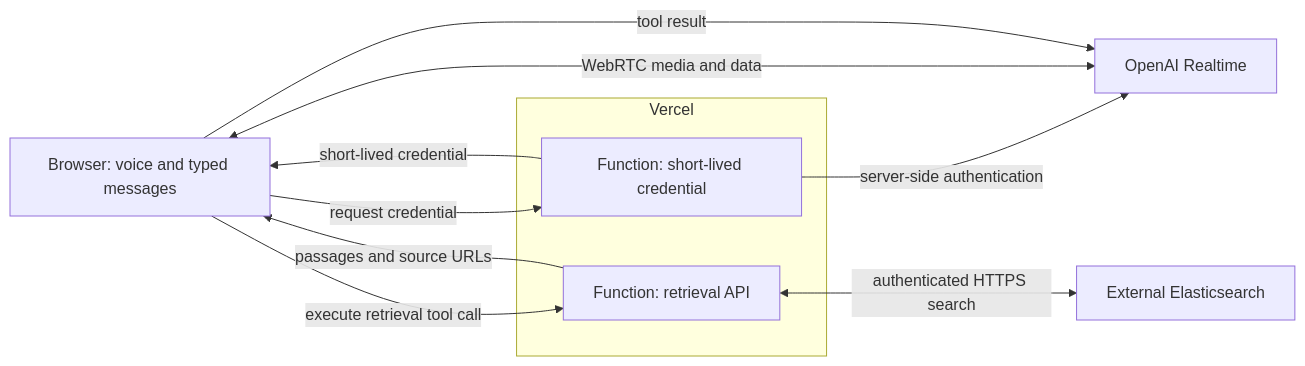
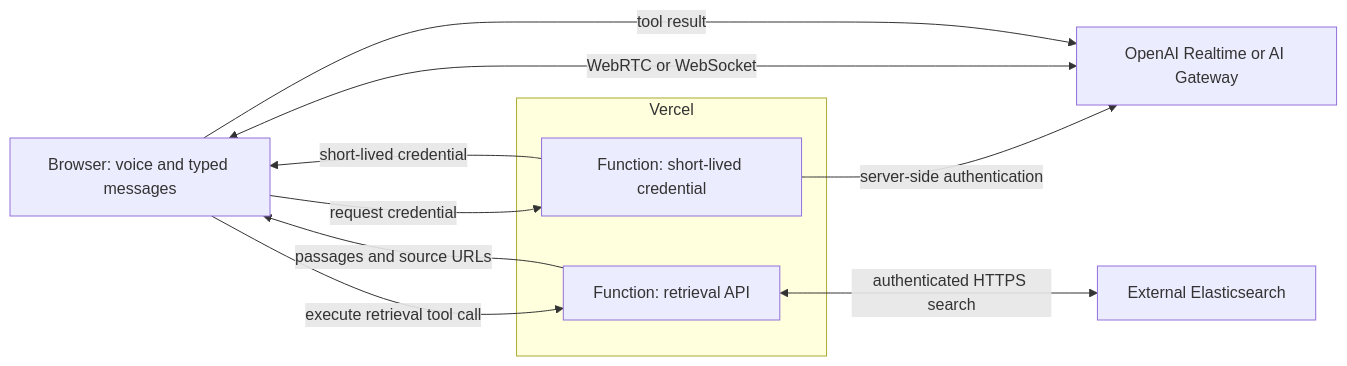
One commit to matthecarl/FedFlow changed the first of 2 diagrams in architecture.md. Above: the diagram before and after it, drawn with Mermaid. The commit also changed other lines of this file and 23 other files, not shown here.

````diff
--- a/architecture.md
+++ b/architecture.md
@@ -7,18 +7,18 @@
 ```mermaid
 flowchart LR
   Browser[Browser: voice and typed messages]
-  Realtime[OpenAI Realtime]
+  Realtime[OpenAI Realtime or AI Gateway]
   Elastic[External Elasticsearch]
   subgraph Vercel
     Session[Function: short-lived credential]
     Search[Function: retrieval API]
   end
   Browser -->|request credential| Session
   Session -->|server-side authentication| Realtime
   Session -->|short-lived credential| Browser
-  Browser <-->|WebRTC media and data| Realtime
+  Browser <-->|WebRTC or WebSocket| Realtime
   Browser -->|execute retrieval tool call| Search
   Search <-->|authenticated HTTPS search| Elastic
   Search -->|passages and source URLs| Browser
   Browser -->|tool result| Realtime
 ```
````
